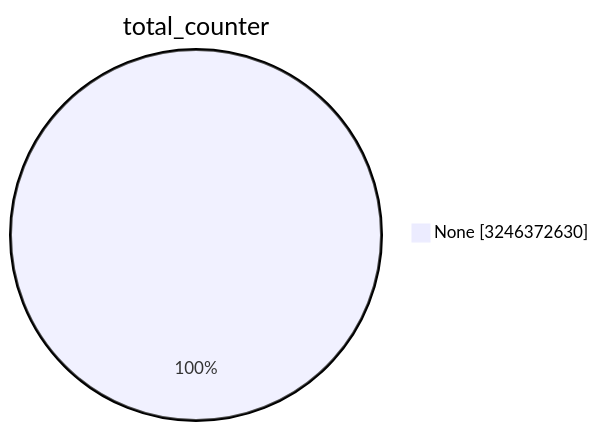
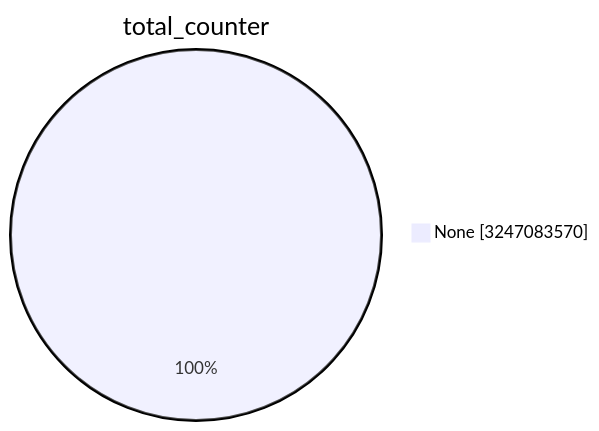
Before and after one commit to christiankrug/ctmonitor_visualization: the first of 15 diagrams in TOTAL/README.md, drawn with Mermaid. The commit also changed other lines of this file, not shown here.

````diff
--- a/TOTAL/README.md
+++ b/TOTAL/README.md
@@ -1,5 +1,5 @@
 ```mermaid
 pie showData
 title total_counter
-"None" :3246372630
+"None" :3247083570
 ```
````
